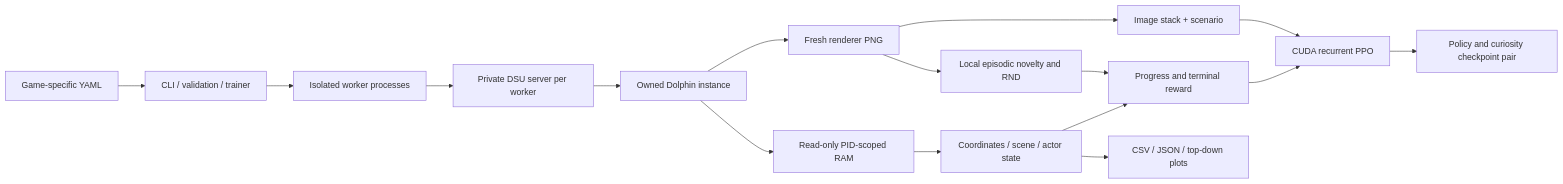
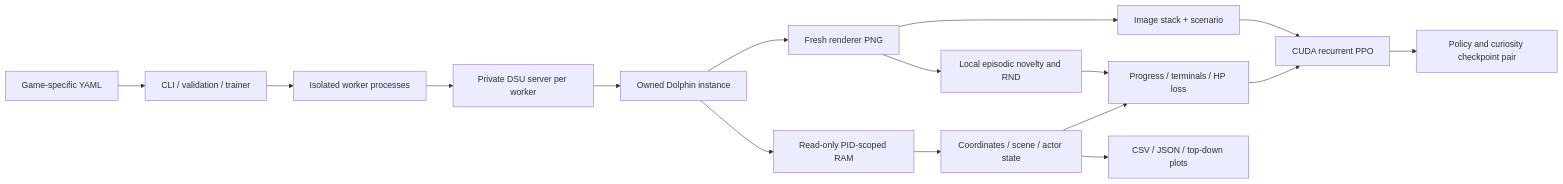
The diagram in docs/reproducibility.md (PedroM2626/smg-rl), drawn with Mermaid before and after one commit. The commit also changed other lines of this file and 12 other files, not shown here.

````diff
--- a/docs/reproducibility.md
+++ b/docs/reproducibility.md
@@ -20,18 +23,18 @@
 ```mermaid
 flowchart LR
   YAML[Game-specific YAML] --> CLI[CLI / validation / trainer]
   CLI --> Workers[Isolated worker processes]
   Workers --> DSU[Private DSU server per worker]
   DSU --> Dolphin[Owned Dolphin instance]
   Dolphin --> PNG[Fresh renderer PNG]
   Dolphin --> RAM[Read-only PID-scoped RAM]
   PNG --> Obs[Image stack + scenario]
   PNG --> Novelty[Local episodic novelty and RND]
   RAM --> Telemetry[Coordinates / scene / actor state]
-  Telemetry --> Reward[Progress and terminal reward]
+  Telemetry --> Reward[Progress / terminals / HP loss]
   Novelty --> Reward
   Obs --> PPO[CUDA recurrent PPO]
   Reward --> PPO
   Telemetry --> Logs[CSV / JSON / top-down plots]
   PPO --> Pair[Policy and curiosity checkpoint pair]
 ```
````
